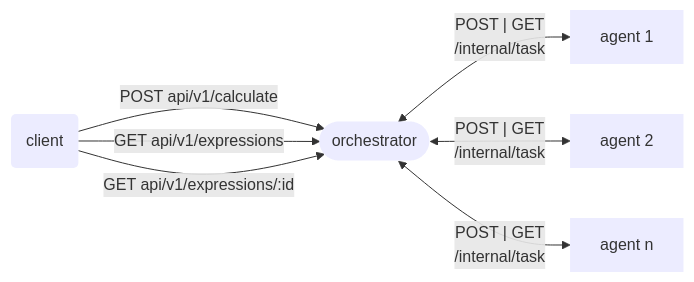
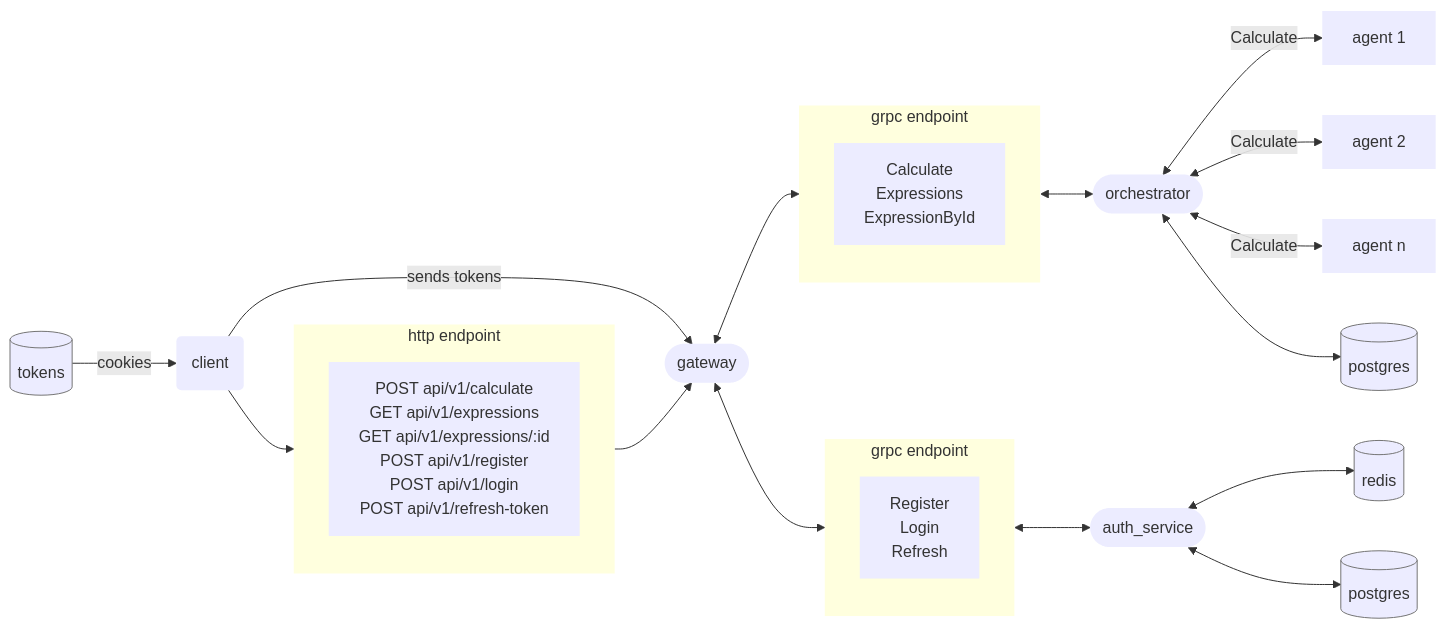
The diagram in README.md (jaam8/web_calculator), drawn with Mermaid before and after one commit. The commit also changed other lines of this file, not shown here.

````diff
--- a/README.md
+++ b/README.md
@@ -23,10 +24,51 @@
 ```mermaid
-graph LR
-   classDef elem stroke-width:0px;
-   C(client):::elem -->|POST api/v1/calculate| O([orchestrator]):::elem
-   C -->|GET api/v1/expressions| O
-   C -->|"GET api/v1/expressions/:id "| O
-   O <-->|"POST | GET<br>" /internal/task| A1[agent 1]:::elem
-   O <-->|"POST | GET<br>" /internal/task| A2[agent 2]:::elem
-   O <-->|"POST | GET<br>" /internal/task| A3[agent n]:::elem
+flowchart LR
+subgraph all["http endpoint"]
+   n["POST api/v1/calculate
+   GET api/v1/expressions
+   GET api/v1/expressions/:id
+   POST api/v1/register
+   POST api/v1/login
+   POST api/v1/refresh-token"]
+end
+subgraph orchestrator["grpc endpoint"]
+   o["Calculate
+   Expressions
+   ExpressionById"]
+end
+subgraph auth["grpc endpoint"]
+   a["Register
+   Login
+   Refresh"]
+end
+
+   cookie[("tokens")] -- cookies --> C("client")
+   C --> all
+   all --> G(["gateway"])
+   O(["orchestrator"]) <-- Calculate --> A1["agent 1"] & A2["agent 2"] & A3["agent n"]
+   G <--> orchestrator & auth
+   orchestrator <--> O
+   auth <--> A(["auth_service"])
+   C -- sends tokens --> G
+   A <--> redis[("redis")] & a_db[("postgres")]
+   O <--> o_db[("postgres")]
+
+   n:::elem
+   o:::elem
+   a:::elem
+   C:::elem
+   all:::elem
+   G:::elem
+   O:::elem
+   A1:::elem
+   A2:::elem
+   A3:::elem
+   orchestrator:::elem
+   auth:::elem
+   A:::elem
+   classDef elem stroke-width:0px
+   style cookie stroke:#757575
+   style redis stroke:#757575
+   style a_db stroke:#757575
+   style o_db stroke:#757575
 ```
````
